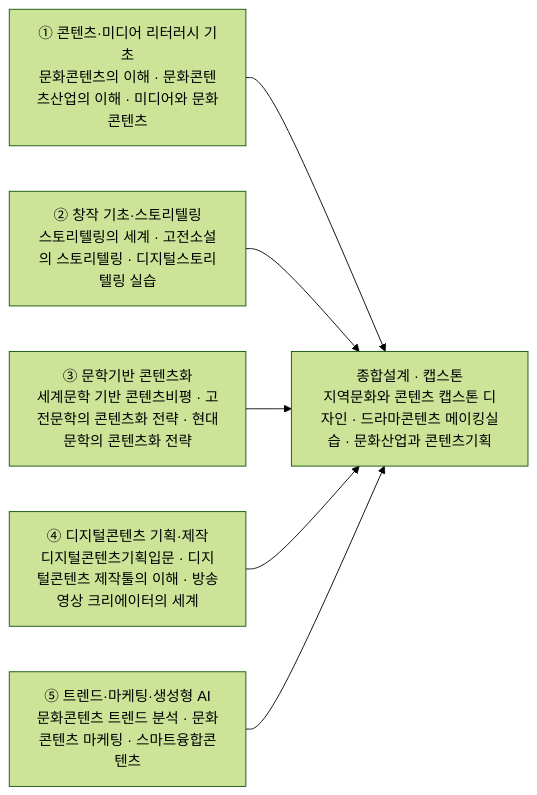
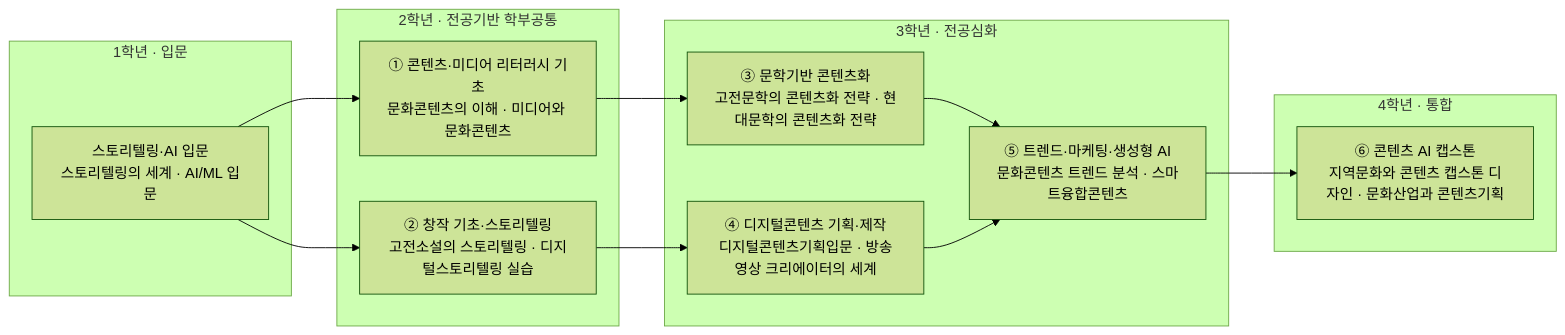
The diagram in docs/ai/literature-culture-contents.md (parclab-hsu/ai-curriculum-2026), drawn with Mermaid (forest theme) before and after one commit. The commit also changed other lines of this file and 22 other files, not shown here.

First line of the commit message:
모듈 다이어그램 강화 — 1~4학년 로드맵 + 모듈-역량 매핑 (23개 트랙)

````diff
--- a/docs/ai/literature-culture-contents.md
+++ b/docs/ai/literature-culture-contents.md
@@ -128,9 +128,25 @@
 ```mermaid
 flowchart LR
-  M1["① 콘텐츠·미디어 리터러시 기초<br/>문화콘텐츠의 이해 · 문화콘텐츠산업의 이해 · 미디어와 문화콘텐츠"] --> CAP
-  M2["② 창작 기초·스토리텔링<br/>스토리텔링의 세계 · 고전소설의 스토리텔링 · 디지털스토리텔링 실습"] --> CAP
-  M3["③ 문학기반 콘텐츠화<br/>세계문학 기반 콘텐츠비평 · 고전문학의 콘텐츠화 전략 · 현대문학의 콘텐츠화 전략"] --> CAP
-  M4["④ 디지털콘텐츠 기획·제작<br/>디지털콘텐츠기획입문 · 디지털콘텐츠 제작툴의 이해 · 방송영상 크리에이터의 세계"] --> CAP
-  M5["⑤ 트렌드·마케팅·생성형 AI<br/>문화콘텐츠 트렌드 분석 · 문화콘텐츠 마케팅 · 스마트융합콘텐츠"] --> CAP
-  CAP["종합설계 · 캡스톤<br/>지역문화와 콘텐츠 캡스톤 디자인 · 드라마콘텐츠 메이킹실습 · 문화산업과 콘텐츠기획"]
+  subgraph Y1["1학년 · 입문"]
+    A0["스토리텔링·AI 입문<br/>스토리텔링의 세계 · AI/ML 입문"]
+  end
+  subgraph Y2["2학년 · 전공기반 학부공통"]
+    M1["① 콘텐츠·미디어 리터러시 기초<br/>문화콘텐츠의 이해 · 미디어와 문화콘텐츠"]
+    M2["② 창작 기초·스토리텔링<br/>고전소설의 스토리텔링 · 디지털스토리텔링 실습"]
+  end
+  subgraph Y3["3학년 · 전공심화"]
+    M3["③ 문학기반 콘텐츠화<br/>고전문학의 콘텐츠화 전략 · 현대문학의 콘텐츠화 전략"]
+    M4["④ 디지털콘텐츠 기획·제작<br/>디지털콘텐츠기획입문 · 방송영상 크리에이터의 세계"]
+    M5["⑤ 트렌드·마케팅·생성형 AI<br/>문화콘텐츠 트렌드 분석 · 스마트융합콘텐츠"]
+  end
+  subgraph Y4["4학년 · 통합"]
+    CAP["⑥ 콘텐츠 AI 캡스톤<br/>지역문화와 콘텐츠 캡스톤 디자인 · 문화산업과 콘텐츠기획"]
+  end
+  A0 --> M1
+  A0 --> M2
+  M1 --> M3
+  M2 --> M4
+  M3 --> M5
+  M4 --> M5
+  M5 --> CAP
 ```
````
